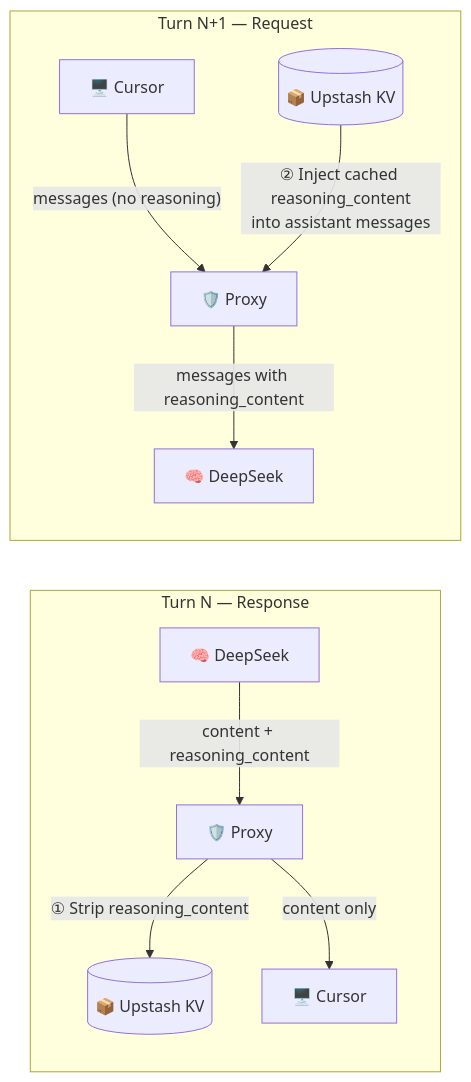
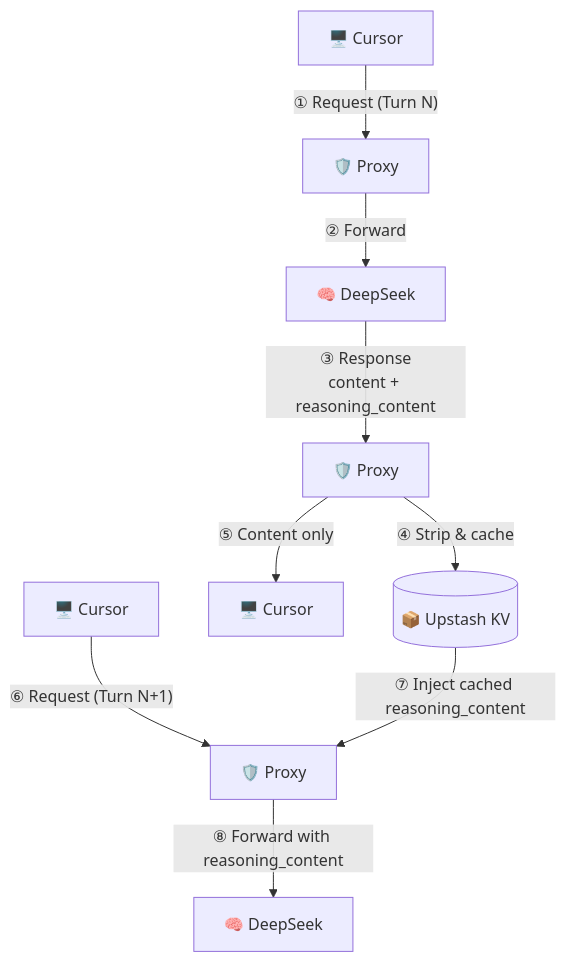
One commit to lqdflying/cursorProxy changed the first of 2 diagrams in README.md. Above: the diagram before and after it, drawn with Mermaid. The commit also changed other lines of this file, not shown here.

Commit message:
docs: restructure Mermaid diagrams for chronological clarity
- Request/response flow now shows full Turn N → Turn N+1 sequence
- TLS flow labels Vercel's TLS terminate / encrypt steps explicitly
- Numbered steps ①→⑧ make the cache-inject cycle clear

````diff
--- a/README.md
+++ b/README.md
@@ -52,14 +52,12 @@
 ```mermaid
-flowchart LR
-    subgraph Turn1["Turn N — Response"]
-        DS1["🧠 DeepSeek"] -->|"content + reasoning_content"| P1["🛡️ Proxy"]
-        P1 -->|"① Strip reasoning_content"| KV[("📦 Upstash KV")]
-        P1 -->|"content only"| C1["🖥️ Cursor"]
-    end
+flowchart TB
+    C1["🖥️ Cursor"] -->|"① Request (Turn N)"| P1["🛡️ Proxy"]
+    P1 -->|"② Forward"| DS["🧠 DeepSeek"]
+    DS -->|"③ Response<br/>content + reasoning_content"| P2["🛡️ Proxy"]
+    P2 -->|"④ Strip & cache"| KV[("📦 Upstash KV")]
+    P2 -->|"⑤ Content only"| C2["🖥️ Cursor"]
 
-    subgraph Turn2["Turn N+1 — Request"]
-        C2["🖥️ Cursor"] -->|"messages (no reasoning)"| P2["🛡️ Proxy"]
-        KV2[("📦 Upstash KV")] -->|"② Inject cached reasoning_content<br/>into assistant messages"| P2
-        P2 -->|"messages with reasoning_content"| DS2["🧠 DeepSeek"]
-    end
+    C3["🖥️ Cursor"] -->|"⑥ Request (Turn N+1)"| P3["🛡️ Proxy"]
+    KV -->|"⑦ Inject cached reasoning_content"| P3
+    P3 -->|"⑧ Forward with reasoning_content"| DS2["🧠 DeepSeek"]
 ```
````
